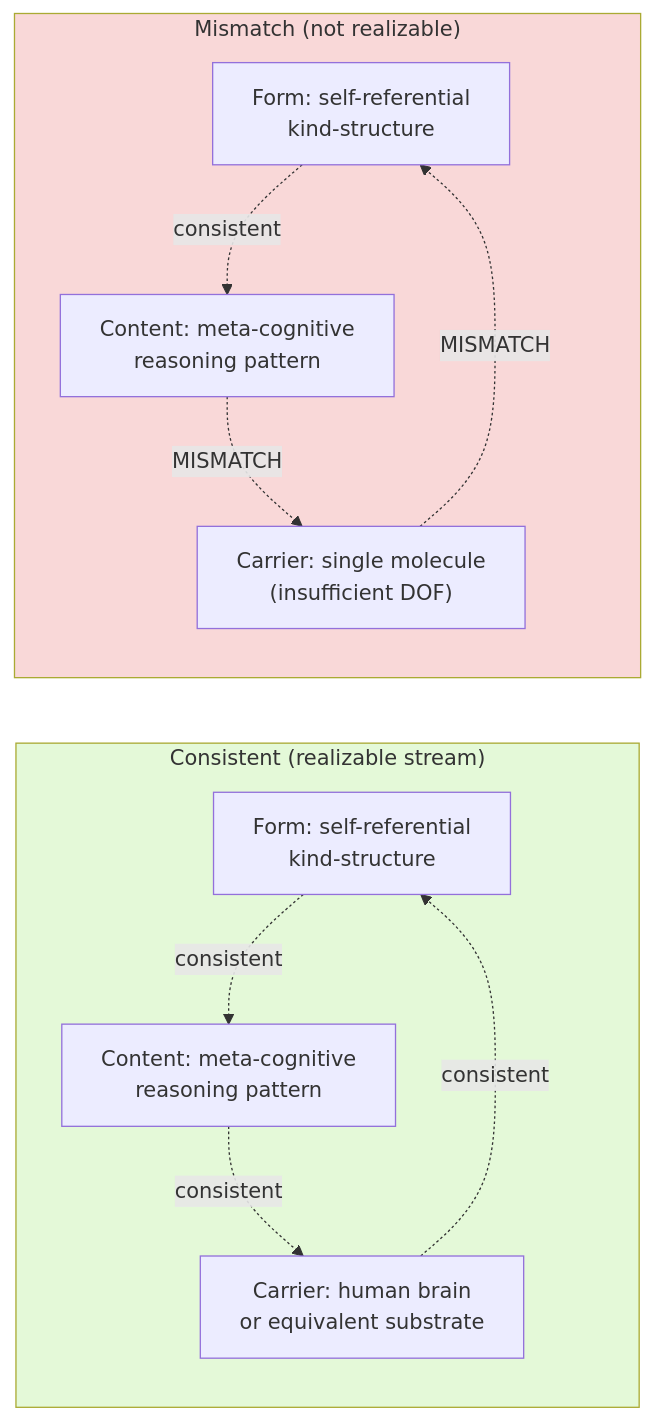
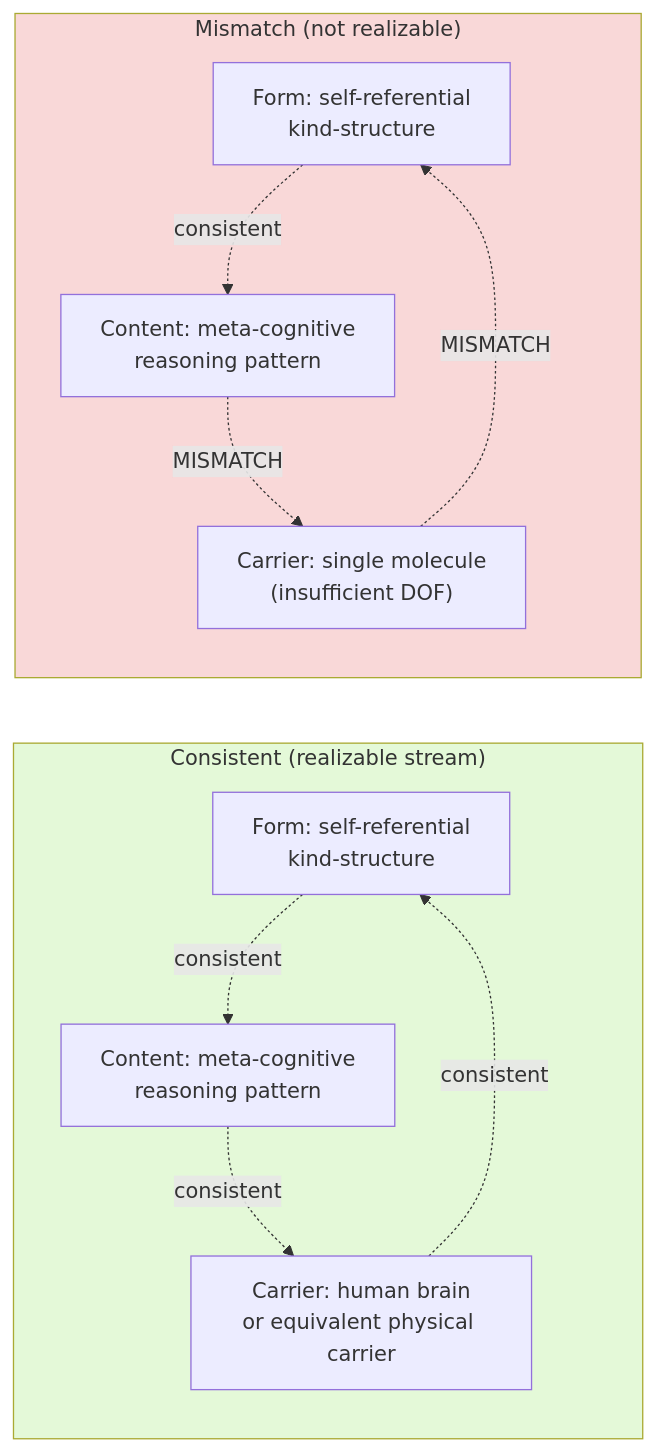
Before and after one commit to Multi-DAC/Corpus-Perspectival: the fourth of 11 diagrams in Library/The-Coherence-Principle/figures.md, drawn with Mermaid. The commit also changed other lines of this file and 39 other files, not shown here.

````diff
--- a/Library/The-Coherence-Principle/figures.md
+++ b/Library/The-Coherence-Principle/figures.md
@@ -147,23 +147,23 @@
 ```mermaid
 graph LR
     subgraph Consistent["Consistent (realizable stream)"]
         F1["Form: self-referential<br/>kind-structure"]
         C1["Content: meta-cognitive<br/>reasoning pattern"]
-        Ca1["Carrier: human brain<br/>or equivalent substrate"]
+        Ca1["Carrier: human brain<br/>or equivalent physical carrier"]
         F1 -.->|consistent| C1
         C1 -.->|consistent| Ca1
         Ca1 -.->|consistent| F1
     end
 
     subgraph Mismatch["Mismatch (not realizable)"]
         F2["Form: self-referential<br/>kind-structure"]
         C2["Content: meta-cognitive<br/>reasoning pattern"]
         Ca2["Carrier: single molecule<br/>(insufficient DOF)"]
         F2 -.->|consistent| C2
         C2 -.->|MISMATCH| Ca2
         Ca2 -.->|MISMATCH| F2
     end
 
     style Consistent fill:#e4f9d8
     style Mismatch fill:#f9d8d8
 ```
````
